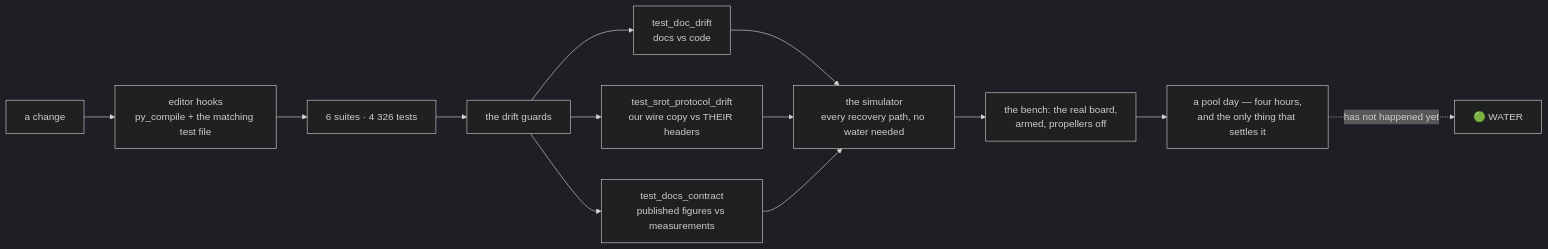
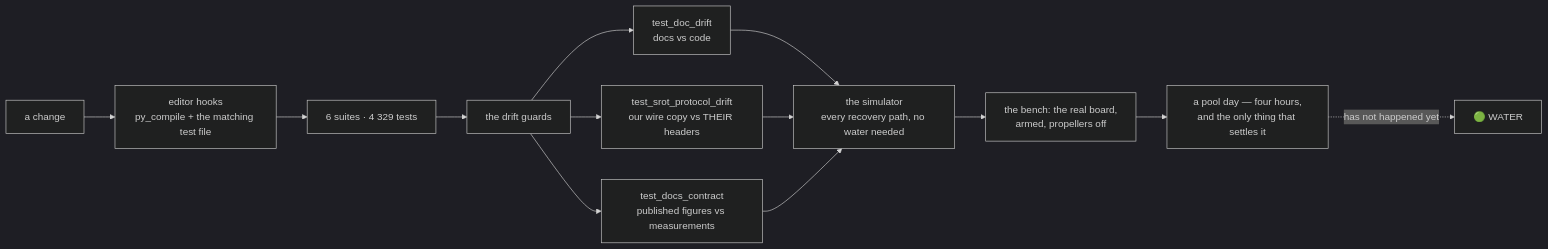
One commit to fh1m/mongla_ws changed the ninth of 10 diagrams in README.md. Above: the diagram before and after it, drawn with Mermaid (dark theme). The commit also changed other lines of this file and 5 other files, not shown here.

````diff
--- a/README.md
+++ b/README.md
@@ -752,15 +752,15 @@
 ```mermaid
 flowchart LR
     DEV["a change"] --> HOOK["editor hooks<br/>py_compile + the matching test file"]
-    HOOK --> UNIT["6 suites · 4 326 tests"]
+    HOOK --> UNIT["6 suites · 4 329 tests"]
     UNIT --> GUARD["the drift guards"]
     GUARD --> G1["test_doc_drift<br/>docs vs code"]
     GUARD --> G2["test_srot_protocol_drift<br/>our wire copy vs THEIR headers"]
     GUARD --> G3["test_docs_contract<br/>published figures vs measurements"]
     G1 --> SIM["the simulator<br/>every recovery path, no water needed"]
     G2 --> SIM
     G3 --> SIM
     SIM --> BENCH["the bench: the real board,<br/>armed, propellers off"]
     BENCH --> POOL["a pool day — four hours,<br/>and the only thing that settles it"]
     POOL -.->|"has not happened yet"| WATER["🟢 WATER"]
 ```
````
